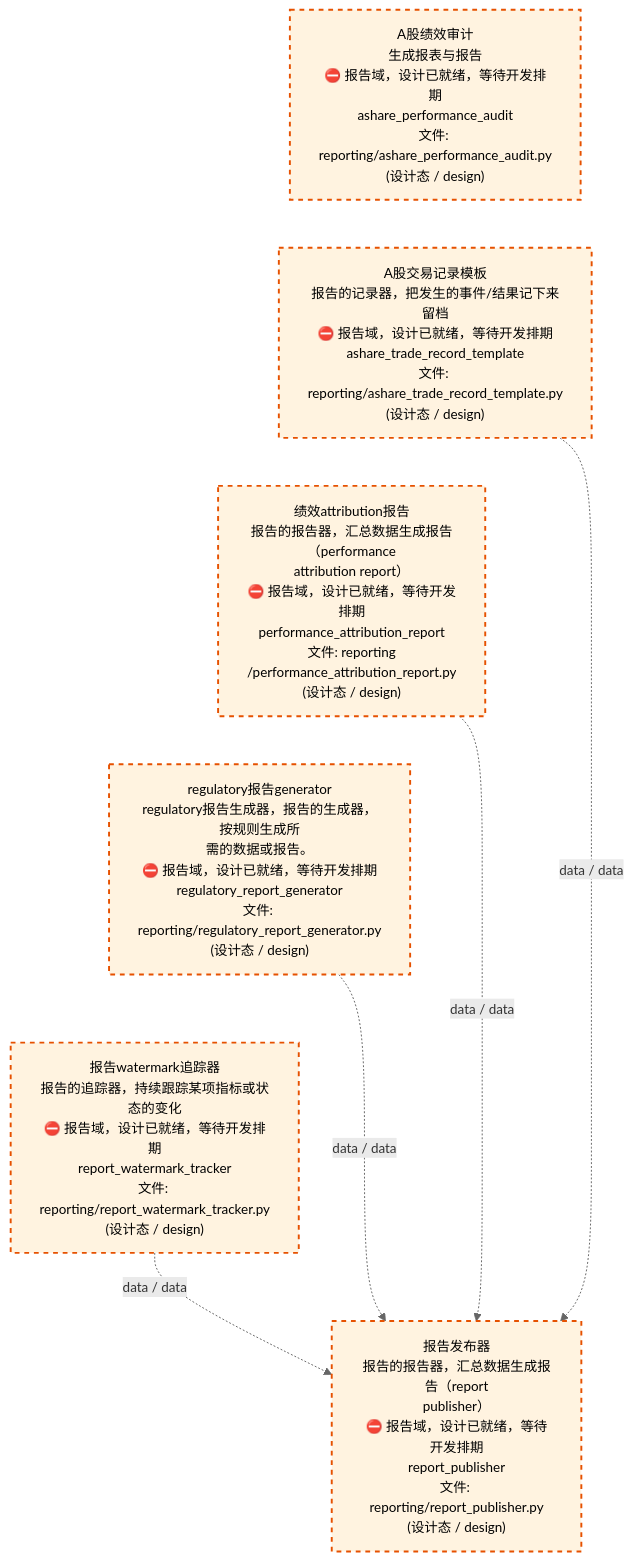
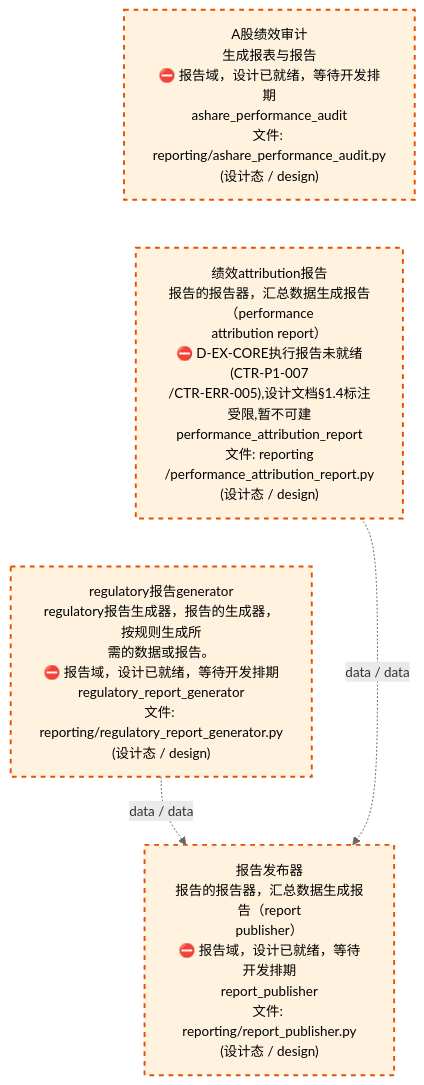
Before and after one commit to xuanFelixVan/ZephyrAlpha: the third of 4 diagrams in docs/02_enterprise_architecture/02_domain_architecture_docs/26_d_reporting.md, drawn with Mermaid. The commit also changed other lines of this file and 49 other files, not shown here.

````diff
--- a/docs/02_enterprise_architecture/02_domain_architecture_docs/26_d_reporting.md
+++ b/docs/02_enterprise_architecture/02_domain_architecture_docs/26_d_reporting.md
@@ -167,23 +183,17 @@
 ```mermaid
 %%{init: {'theme': 'base', 'themeVariables': {'primaryColor': '#eaeaea', 'primaryTextColor': '#333333', 'primaryBorderColor': '#666666', 'lineColor': '#666666', 'secondaryColor': '#eaeaea', 'tertiaryColor': '#eaeaea', 'fontSize': '14px'}}}%%
 flowchart TD
     src_zephyr_reporting_ashare_performance_audit_py["A股绩效审计<br/>生成报表与报告<br/>⛔ 报告域，设计已就绪，等待开发排期<br/>ashare_performance_audit<br/>文件: reporting/ashare_performance_audit.py<br/>(设计态 / design)"]
-    src_zephyr_reporting_ashare_trade_record_template_py["A股交易记录模板<br/>报告的记录器，把发生的事件/结果记下来留档<br/>⛔ 报告域，设计已就绪，等待开发排期<br/>ashare_trade_record_template<br/>文件: reporting/ashare_trade_record_template.py<br/>(设计态 / design)"]
-    src_zephyr_reporting_performance_attribution_report_py["绩效attribution报告<br/>报告的报告器，汇总数据生成报告（performance<br/>attribution report）<br/>⛔ 报告域，设计已就绪，等待开发排期<br/>performance_attribution_report<br/>文件: reporting<br/>/performance_attribution_report.py<br/>(设计态 / design)"]
+    src_zephyr_reporting_performance_attribution_report_py["绩效attribution报告<br/>报告的报告器，汇总数据生成报告（performance<br/>attribution report）<br/>⛔ D-EX-CORE执行报告未就绪(CTR-P1-007<br/>/CTR-ERR-005),设计文档§1.4标注受限,暂不可建<br/>performance_attribution_report<br/>文件: reporting<br/>/performance_attribution_report.py<br/>(设计态 / design)"]
     src_zephyr_reporting_regulatory_report_generator_py["regulatory报告generator<br/>regulatory报告生成器，报告的生成器，按规则生成所<br/>需的数据或报告。<br/>⛔ 报告域，设计已就绪，等待开发排期<br/>regulatory_report_generator<br/>文件: reporting/regulatory_report_generator.py<br/>(设计态 / design)"]
-    src_zephyr_reporting_report_watermark_tracker_py["报告watermark追踪器<br/>报告的追踪器，持续跟踪某项指标或状态的变化<br/>⛔ 报告域，设计已就绪，等待开发排期<br/>report_watermark_tracker<br/>文件: reporting/report_watermark_tracker.py<br/>(设计态 / design)"]
-    src_zephyr_reporting_ashare_performance_audit_py ~~~ src_zephyr_reporting_ashare_trade_record_template_py
-    src_zephyr_reporting_ashare_trade_record_template_py ~~~ src_zephyr_reporting_performance_attribution_report_py
+    src_zephyr_reporting_ashare_performance_audit_py ~~~ src_zephyr_reporting_performance_attribution_report_py
     src_zephyr_reporting_performance_attribution_report_py ~~~ src_zephyr_reporting_regulatory_report_generator_py
-    src_zephyr_reporting_regulatory_report_generator_py ~~~ src_zephyr_reporting_report_watermark_tracker_py
     src_zephyr_reporting_report_publisher_py["报告发布器<br/>报告的报告器，汇总数据生成报告（report<br/>publisher）<br/>⛔ 报告域，设计已就绪，等待开发排期<br/>report_publisher<br/>文件: reporting/report_publisher.py<br/>(设计态 / design)"]
-    src_zephyr_reporting_ashare_trade_record_template_py -.->|data / data| src_zephyr_reporting_report_publisher_py
     src_zephyr_reporting_regulatory_report_generator_py -.->|data / data| src_zephyr_reporting_report_publisher_py
     src_zephyr_reporting_performance_attribution_report_py -.->|data / data| src_zephyr_reporting_report_publisher_py
-    src_zephyr_reporting_report_watermark_tracker_py -.->|data / data| src_zephyr_reporting_report_publisher_py
     classDef production fill:#e1f5fe,stroke:#01579b,stroke-width:2px,color:#000
     classDef design fill:#fff3e0,stroke:#e65100,stroke-width:2px,color:#000,stroke-dasharray: 5 5
     classDef external_prod fill:#e8f4fd,stroke:#0277bd,stroke-width:1px,color:#000
     classDef external_design fill:#fff8e7,stroke:#ef6c00,stroke-width:1px,color:#000,stroke-dasharray: 5 5
-    class src_zephyr_reporting_ashare_performance_audit_py,src_zephyr_reporting_ashare_trade_record_template_py,src_zephyr_reporting_performance_attribution_report_py,src_zephyr_reporting_regulatory_report_generator_py,src_zephyr_reporting_report_publisher_py,src_zephyr_reporting_report_watermark_tracker_py design
+    class src_zephyr_reporting_ashare_performance_audit_py,src_zephyr_reporting_performance_attribution_report_py,src_zephyr_reporting_regulatory_report_generator_py,src_zephyr_reporting_report_publisher_py design
 ```
````
